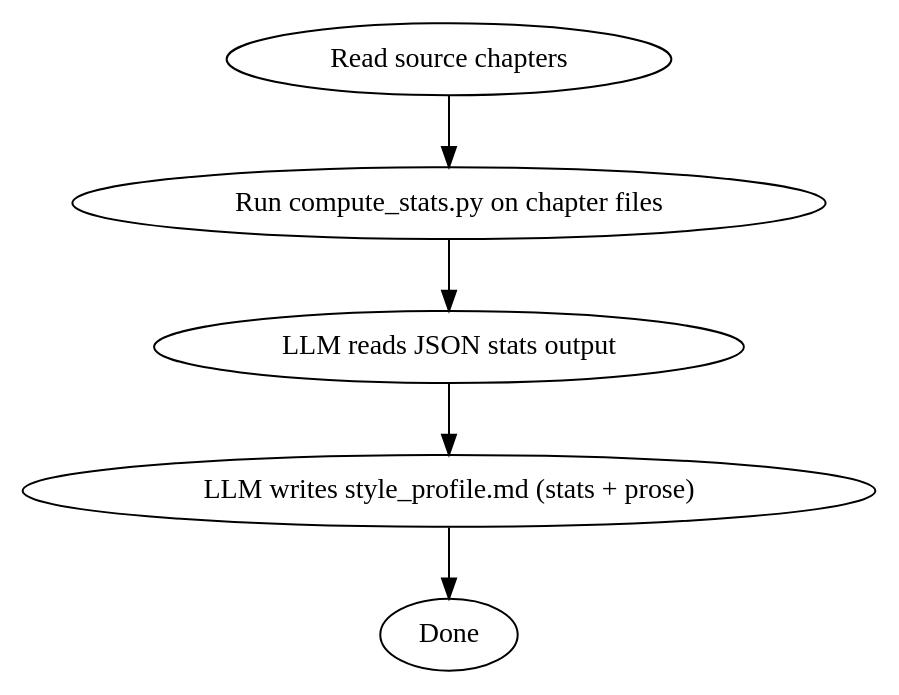
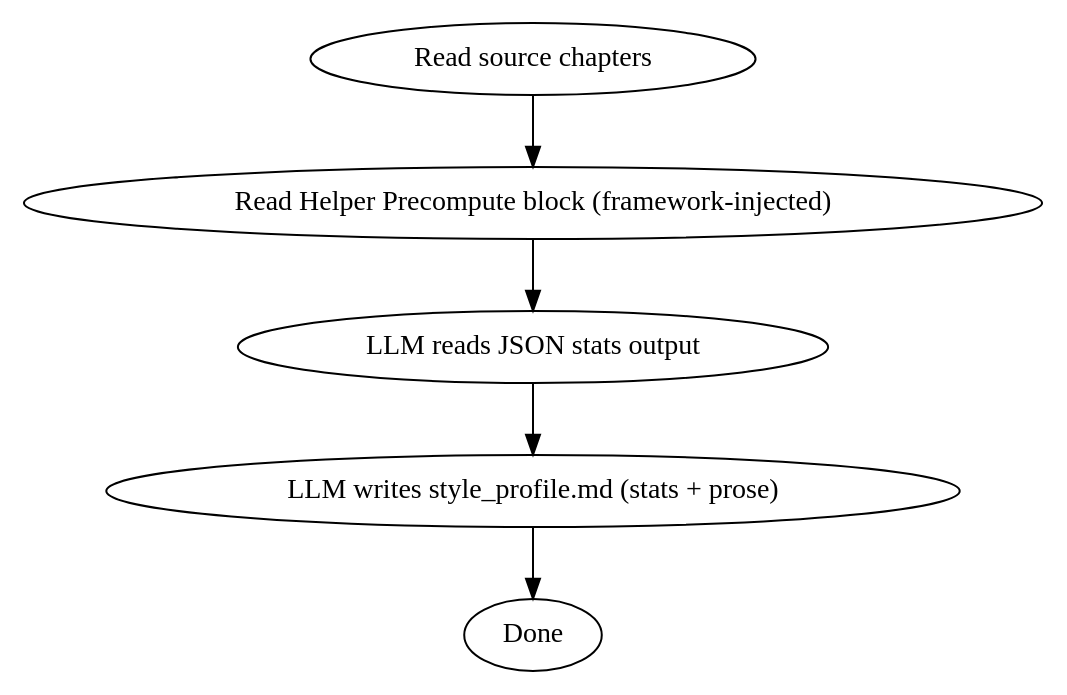
The first of 2 diagrams in skills/shenbi-style-learning/SKILL.md (ThomasChangX/shenbi), drawn with Graphviz before and after one commit. The commit also changed other lines of this file and 47 other files, not shown here.

````diff
--- a/skills/shenbi-style-learning/SKILL.md
+++ b/skills/shenbi-style-learning/SKILL.md
@@ -42,8 +42,8 @@
 ```dot
 digraph style_learning {
-    "Read source chapters" -> "Run compute_stats.py on chapter files";
-    "Run compute_stats.py on chapter files" -> "LLM reads JSON stats output";
+    "Read source chapters" -> "Read Helper Precompute block (framework-injected)";
+    "Read Helper Precompute block (framework-injected)" -> "LLM reads JSON stats output";
     "LLM reads JSON stats output" -> "LLM writes style_profile.md (stats + prose)";
     "LLM writes style_profile.md (stats + prose)" -> "Done";
 }
 ```
````
